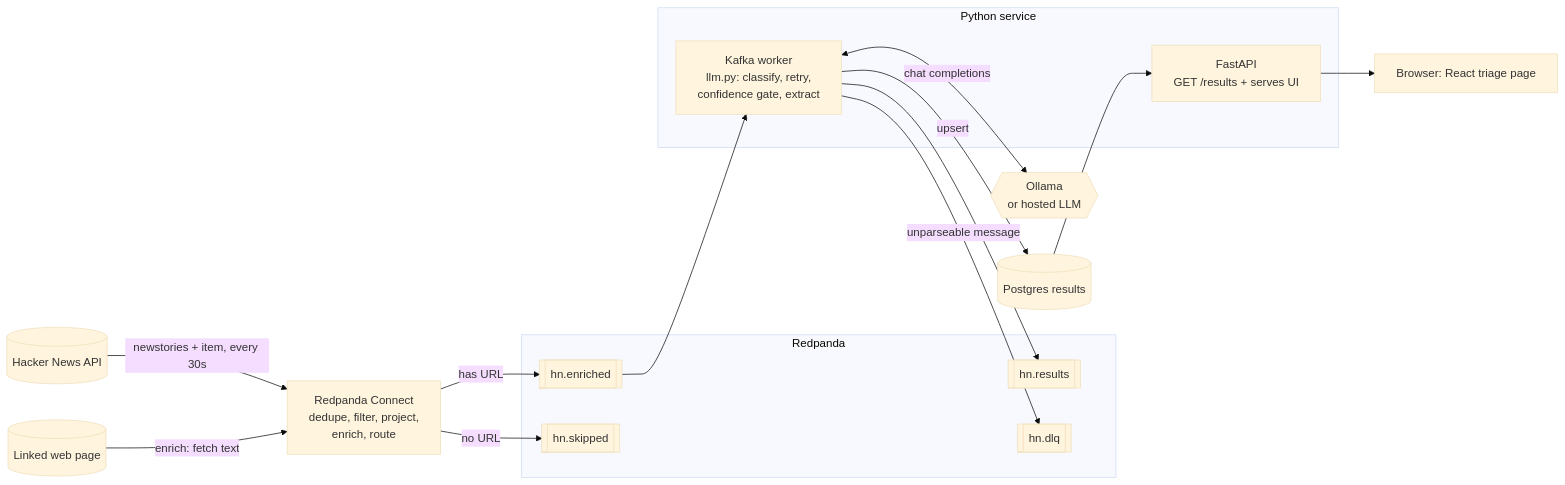
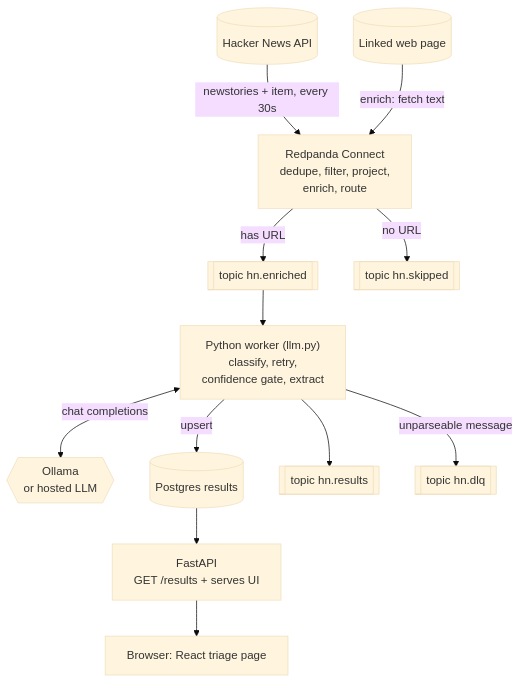
Before and after one commit to echen9104/fde-takehome: the first of 3 diagrams in README.md, drawn with Mermaid (base theme). The commit also changed 2 other files, not shown here.

Commit message:
Diagrams: render at real size with larger text, simplify system flow layout

````diff
--- a/README.md
+++ b/README.md
@@ -36,24 +36,15 @@
 ```mermaid
-flowchart LR
+flowchart TD
     HN[(Hacker News API)] -->|"newstories + item, every 30s"| C
     PAGE[(Linked web page)] -->|"enrich: fetch text"| C
-    subgraph Redpanda
-        E[[hn.enriched]]
-        S[[hn.skipped]]
-        R[[hn.results]]
-        D[[hn.dlq]]
-    end
-    C["Redpanda Connect<br/>dedupe, filter, project,<br/>enrich, route"] -->|has URL| E
-    C -->|no URL| S
-    E --> W
-    subgraph Service["Python service"]
-        W["Kafka worker<br/>llm.py: classify, retry,<br/>confidence gate, extract"]
-        API["FastAPI<br/>GET /results + serves UI"]
-    end
+    C["Redpanda Connect<br/>dedupe, filter, project,<br/>enrich, route"]
+    C -->|has URL| E[[topic hn.enriched]]
+    C -->|no URL| S[[topic hn.skipped]]
+    E --> W["Python worker (llm.py)<br/>classify, retry,<br/>confidence gate, extract"]
     W <-->|"chat completions"| O{{"Ollama<br/>or hosted LLM"}}
     W -->|upsert| PG[(Postgres results)]
-    W --> R
-    W -->|unparseable message| D
-    PG --> API
+    W --> R[[topic hn.results]]
+    W -->|unparseable message| D[[topic hn.dlq]]
+    PG --> API["FastAPI<br/>GET /results + serves UI"]
     API --> UI["Browser: React triage page"]
 ```
````
